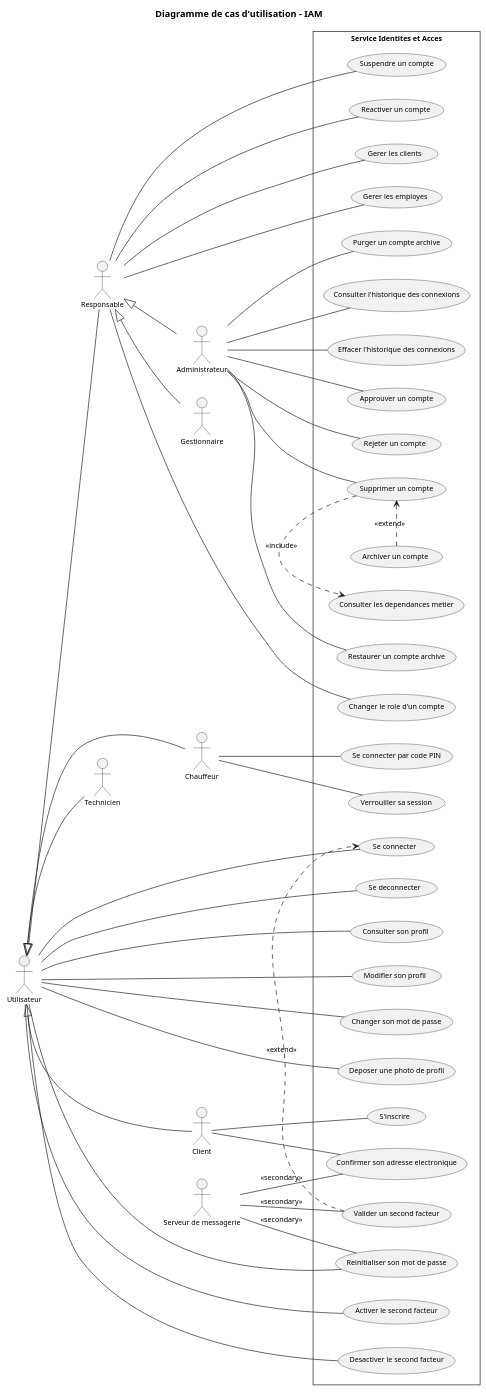
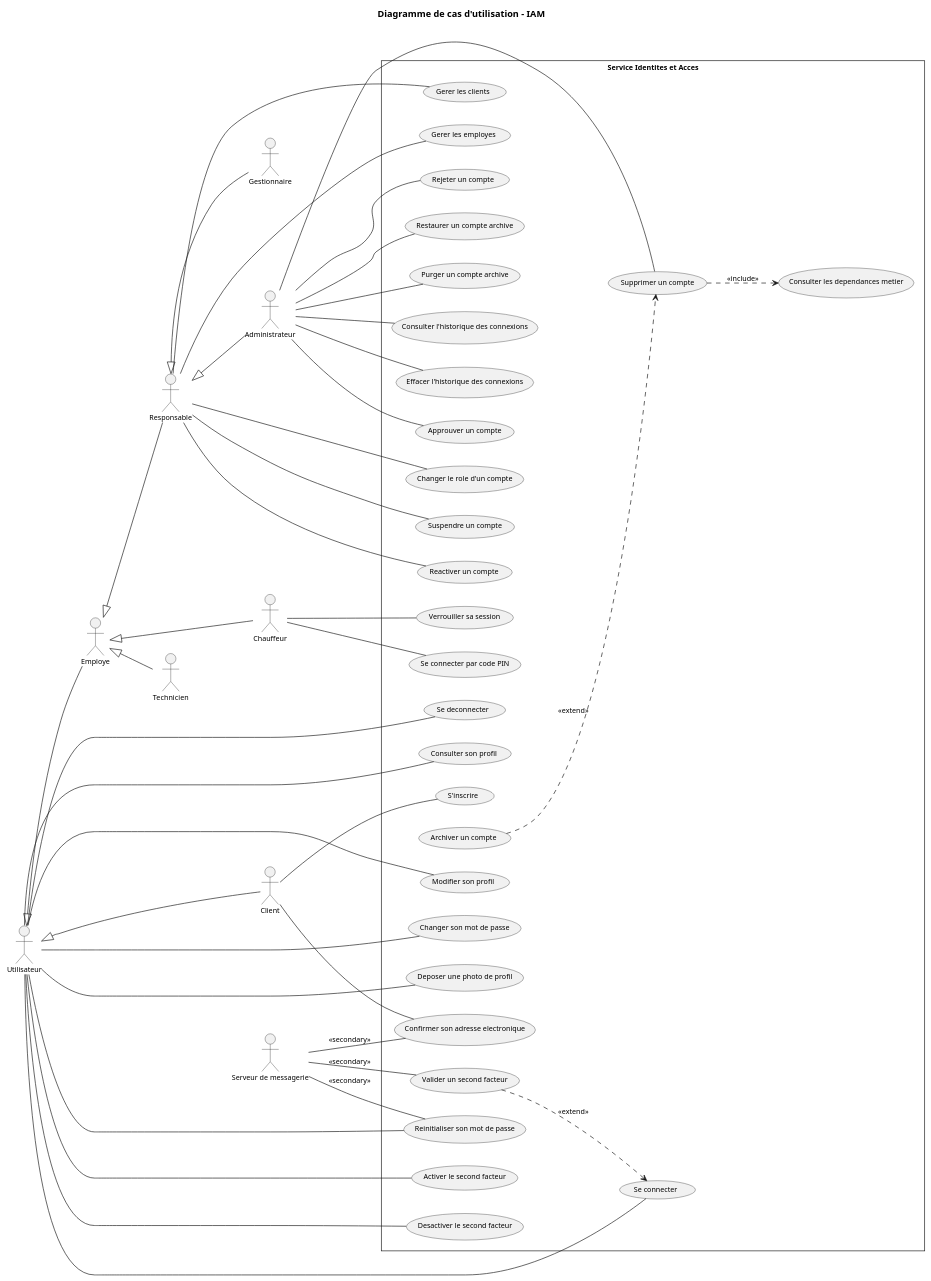
The diagram in docs/diagrams/microservices/IAM/IAM-usecase.puml (saber-barhoumi/Xpark-gmao), drawn with PlantUML before and after one commit. The commit also changed 23 other files, not shown here.

First line of the commit message:
docs(uml): hierarchie d'acteurs et relations entre cas d'utilisation

```diff
--- a/docs/diagrams/microservices/IAM/IAM-usecase.puml
+++ b/docs/diagrams/microservices/IAM/IAM-usecase.puml
@@ -1,100 +1,102 @@
 @startuml
 skinparam style strictuml
 skinparam packageStyle rectangle
 skinparam shadowing false
 skinparam defaultFontName Verdana
 skinparam defaultFontSize 11
 skinparam backgroundColor #FFFFFF
 left to right direction
 
 title Diagramme de cas d'utilisation - IAM
 
-' Acteurs principaux, empiles verticalement a gauche
+' Acteurs principaux, empiles a gauche du plus general au plus specialise
 actor "Utilisateur" as Utilisateur
+actor "Employe" as Employe
 actor "Responsable" as Responsable
 actor "Administrateur" as Administrateur
 actor "Gestionnaire" as Gestionnaire
 actor "Chauffeur" as Chauffeur
 actor "Technicien" as Technicien
 actor "Client" as Client
 
 ' Generalisation : triangle creux, de l'enfant vers le parent
+Employe -up-|> Utilisateur
+Client -up-|> Utilisateur
 Administrateur -up-|> Responsable
 Gestionnaire -up-|> Responsable
-Responsable -up-|> Utilisateur
-Chauffeur -up-|> Utilisateur
-Technicien -up-|> Utilisateur
-Client -up-|> Utilisateur
+Responsable -up-|> Employe
+Chauffeur -up-|> Employe
+Technicien -up-|> Employe
 
 rectangle "Service Identites et Acces" {
   usecase "Se connecter" as UC_Se_connecter
   usecase "Valider un second facteur" as UC_Valider_un_second_facteur
   usecase "Se deconnecter" as UC_Se_deconnecter
   usecase "Reinitialiser son mot de passe" as UC_Reinitialiser_son_mot_de_passe
   usecase "Consulter son profil" as UC_Consulter_son_profil
   usecase "Modifier son profil" as UC_Modifier_son_profil
   usecase "Changer son mot de passe" as UC_Changer_son_mot_de_passe
   usecase "Deposer une photo de profil" as UC_Deposer_une_photo_de_profil
   usecase "Activer le second facteur" as UC_Activer_le_second_facteur
   usecase "Desactiver le second facteur" as UC_Desactiver_le_second_facteur
   usecase "Changer le role d'un compte" as UC_Changer_le_role_d_un_compte
   usecase "Suspendre un compte" as UC_Suspendre_un_compte
   usecase "Reactiver un compte" as UC_Reactiver_un_compte
   usecase "Gerer les clients" as UC_Gerer_les_clients
   usecase "Gerer les employes" as UC_Gerer_les_employes
   usecase "Approuver un compte" as UC_Approuver_un_compte
   usecase "Rejeter un compte" as UC_Rejeter_un_compte
   usecase "Supprimer un compte" as UC_Supprimer_un_compte
   usecase "Consulter les dependances metier" as UC_Consulter_les_dependances_metier
   usecase "Archiver un compte" as UC_Archiver_un_compte
   usecase "Restaurer un compte archive" as UC_Restaurer_un_compte_archive
   usecase "Purger un compte archive" as UC_Purger_un_compte_archive
   usecase "Consulter l'historique des connexions" as UC_Consulter_l_historique_des_connexi
   usecase "Effacer l'historique des connexions" as UC_Effacer_l_historique_des_connexion
   usecase "Se connecter par code PIN" as UC_Se_connecter_par_code_PIN
   usecase "Verrouiller sa session" as UC_Verrouiller_sa_session
   usecase "S'inscrire" as UC_S_inscrire
   usecase "Confirmer son adresse electronique" as UC_Confirmer_son_adresse_electronique
 }
 
 ' Acteurs secondaires, a droite, hors de la frontiere
 actor "Serveur de messagerie" as SMTP
 
 ' Associations : trait continu sans fleche (relation d'association)
 Utilisateur -- UC_Se_connecter
 Utilisateur -- UC_Se_deconnecter
 Utilisateur -- UC_Reinitialiser_son_mot_de_passe
 Utilisateur -- UC_Consulter_son_profil
 Utilisateur -- UC_Modifier_son_profil
 Utilisateur -- UC_Changer_son_mot_de_passe
 Utilisateur -- UC_Deposer_une_photo_de_profil
 Utilisateur -- UC_Activer_le_second_facteur
 Utilisateur -- UC_Desactiver_le_second_facteur
 Responsable -- UC_Changer_le_role_d_un_compte
 Responsable -- UC_Suspendre_un_compte
 Responsable -- UC_Reactiver_un_compte
 Responsable -- UC_Gerer_les_clients
 Responsable -- UC_Gerer_les_employes
 Administrateur -- UC_Approuver_un_compte
 Administrateur -- UC_Rejeter_un_compte
 Administrateur -- UC_Supprimer_un_compte
 Administrateur -- UC_Restaurer_un_compte_archive
 Administrateur -- UC_Purger_un_compte_archive
 Administrateur -- UC_Consulter_l_historique_des_connexi
 Administrateur -- UC_Effacer_l_historique_des_connexion
 Chauffeur -- UC_Se_connecter_par_code_PIN
 Chauffeur -- UC_Verrouiller_sa_session
 Client -- UC_S_inscrire
 Client -- UC_Confirmer_son_adresse_electronique
 
 SMTP -- UC_Valider_un_second_facteur : << secondary >>
 SMTP -- UC_Confirmer_son_adresse_electronique : << secondary >>
 SMTP -- UC_Reinitialiser_son_mot_de_passe : << secondary >>
 
 ' << include >> : du cas de base vers le cas obligatoire
-UC_Supprimer_un_compte .[norank].> UC_Consulter_les_dependances_metier : << include >>
+UC_Supprimer_un_compte ..> UC_Consulter_les_dependances_metier : << include >>
 ' << extend >> : du cas optionnel vers le cas de base
-UC_Valider_un_second_facteur .[norank].> UC_Se_connecter : << extend >>
-UC_Archiver_un_compte .[norank].> UC_Supprimer_un_compte : << extend >>
+UC_Valider_un_second_facteur ..> UC_Se_connecter : << extend >>
+UC_Archiver_un_compte ..> UC_Supprimer_un_compte : << extend >>
 
 @enduml
```
